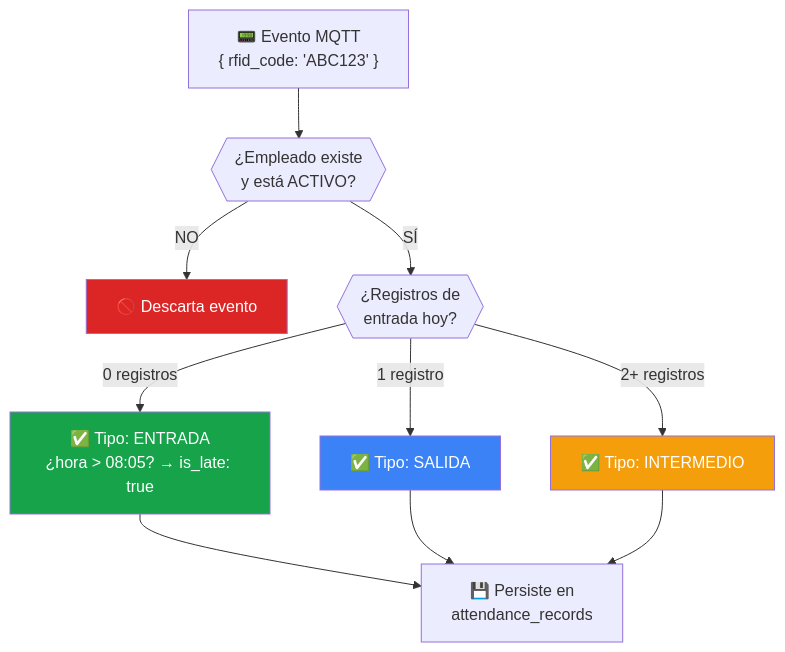
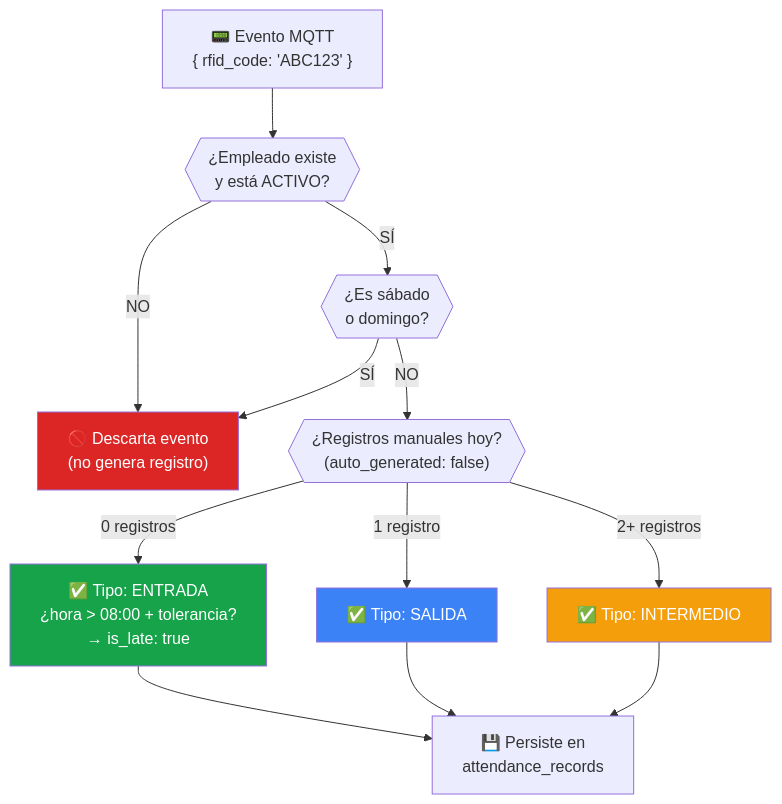
The fifth of 13 diagrams in ARCHITECTURE.md (marianodr/kuaai-intelligent-hrms), drawn with Mermaid before and after one commit. The commit also changed other lines of this file, not shown here.

First line of the commit message:
docs: corregir ARCHITECTURE.md contra el código real (LangChain/LangGraph, tardanza, cron)

````diff
--- a/ARCHITECTURE.md
+++ b/ARCHITECTURE.md
@@ -284,26 +286,29 @@
 ```mermaid
 flowchart TD
     RFID["📟 Evento MQTT\n{ rfid_code: 'ABC123' }"]
     CHECK_EMP{{"¿Empleado existe\ny está ACTIVO?"}}
-    DISCARD["🚫 Descarta evento"]
-    COUNT{{"¿Registros de\nentrada hoy?"}}
-    ENTRADA["✅ Tipo: ENTRADA\n¿hora > 08:05? → is_late: true"]
+    DISCARD["🚫 Descarta evento\n(no genera registro)"]
+    CHECK_WEEKEND{{"¿Es sábado\no domingo?"}}
+    COUNT{{"¿Registros manuales hoy?\n(auto_generated: false)"}}
+    ENTRADA["✅ Tipo: ENTRADA\n¿hora > 08:00 + tolerancia?\n→ is_late: true"]
     SALIDA["✅ Tipo: SALIDA"]
     INTER["✅ Tipo: INTERMEDIO"]
     SAVE["💾 Persiste en\nattendance_records"]
 
     RFID --> CHECK_EMP
     CHECK_EMP -->|"NO"| DISCARD
-    CHECK_EMP -->|"SÍ"| COUNT
+    CHECK_EMP -->|"SÍ"| CHECK_WEEKEND
+    CHECK_WEEKEND -->|"SÍ"| DISCARD
+    CHECK_WEEKEND -->|"NO"| COUNT
     COUNT -->|"0 registros"| ENTRADA
     COUNT -->|"1 registro"| SALIDA
     COUNT -->|"2+ registros"| INTER
     ENTRADA --> SAVE
     SALIDA --> SAVE
     INTER --> SAVE
 
     style ENTRADA fill:#16a34a,color:#fff
     style SALIDA fill:#3b82f6,color:#fff
     style INTER fill:#f59e0b,color:#fff
     style DISCARD fill:#dc2626,color:#fff
 ```
````
